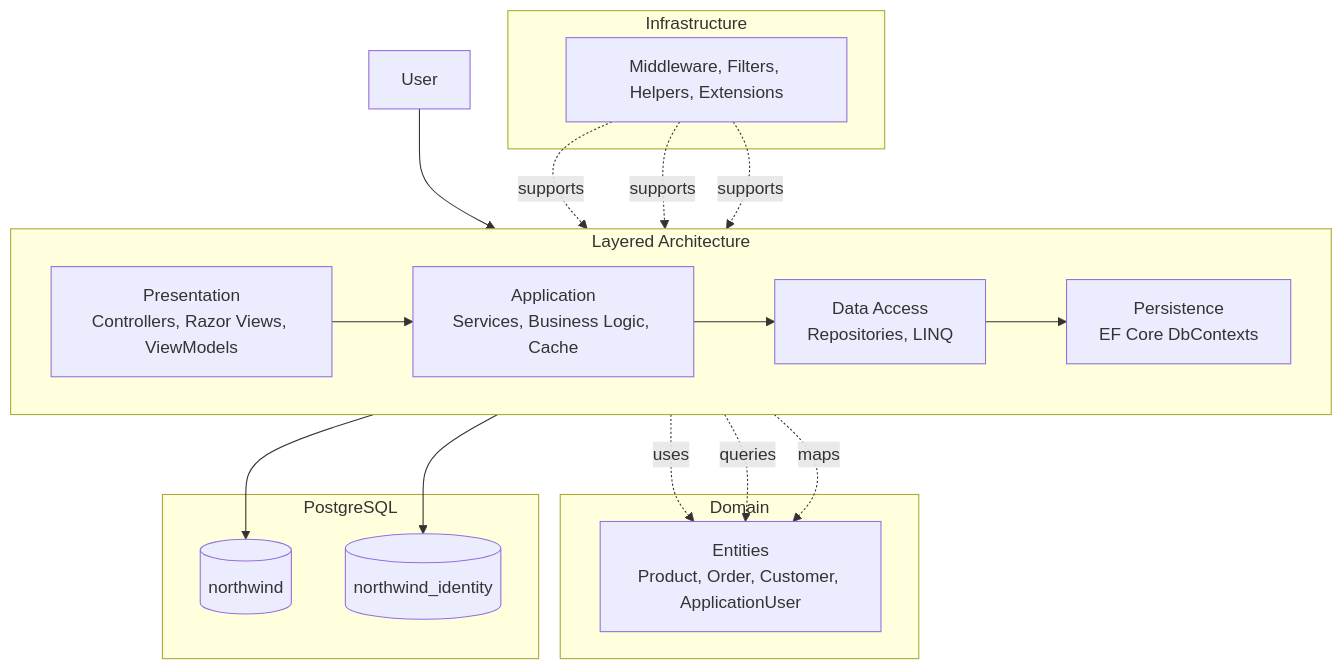
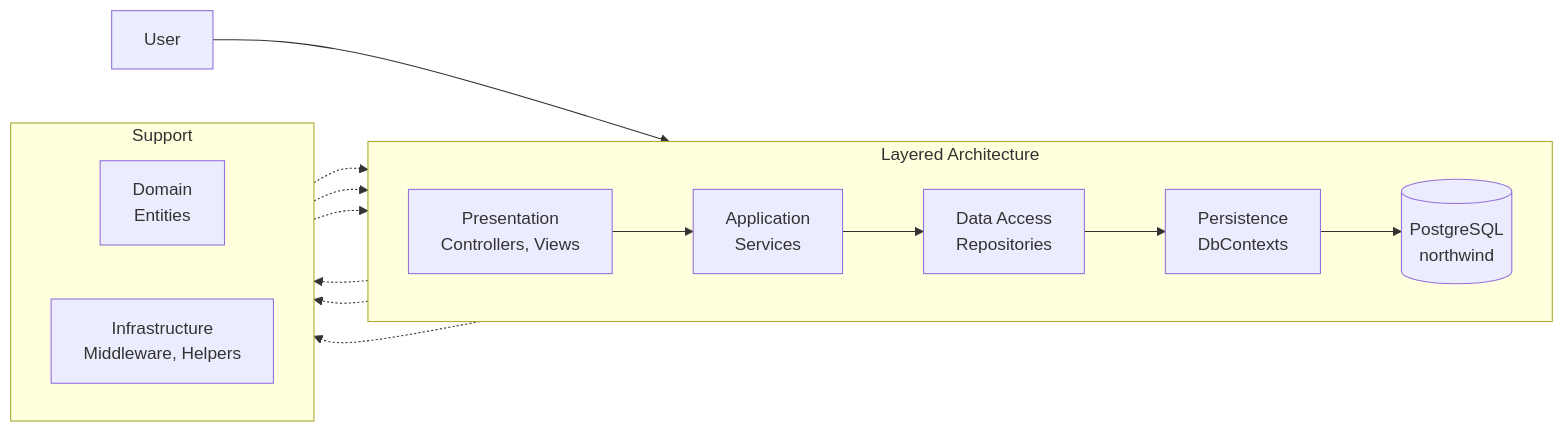
The diagram in README.md (jeffersonmejia/north-taks1-p3), drawn with Mermaid before and after one commit.

Commit message:
feat: add package diagram in README.md

````diff
--- a/README.md
+++ b/README.md
@@ -45,43 +45,29 @@
 ```mermaid
-flowchart TB
-    U[User]
+flowchart LR
+    U[User] --> P
 
     subgraph APP["Layered Architecture"]
         direction LR
+        P["Presentation<br>Controllers, Views"]
+        A["Application<br>Services"]
+        R["Data Access<br>Repositories"]
+        D["Persistence<br>DbContexts"]
+        DB[("PostgreSQL<br>northwind")]
 
-        P["Presentation<br/>Controllers, Razor Views, ViewModels"]
-        A["Application<br/>Services, Business Logic, Cache"]
-        R["Data Access<br/>Repositories, LINQ"]
-        D["Persistence<br/>EF Core DbContexts"]
-
-        P --> A
-        A --> R
-        R --> D
+        P --> A --> R --> D --> DB
     end
 
-    subgraph CORE["Domain"]
-        M["Entities<br/>Product, Order, Customer, ApplicationUser"]
+    subgraph SUPPORT["Support"]
+        direction LR
+        M["Domain<br>Entities"]
+        I["Infrastructure<br>Middleware, Helpers"]
     end
 
-    subgraph DB["PostgreSQL"]
-        N[(northwind)]
-        ID[(northwind_identity)]
-    end
+    A -.-> M
+    R -.-> M
+    D -.-> M
 
-    subgraph INF["Infrastructure"]
-        I["Middleware, Filters, Helpers, Extensions"]
-    end
-
-    U --> P
-
-    A -.uses.-> M
-    R -.queries.-> M
-    D -.maps.-> M
-
-    D --> N
-    D --> ID
-
-    I -.supports.-> P
-    I -.supports.-> A
-    I -.supports.-> D
+    I -.-> P
+    I -.-> A
+    I -.-> D
 ```
````
